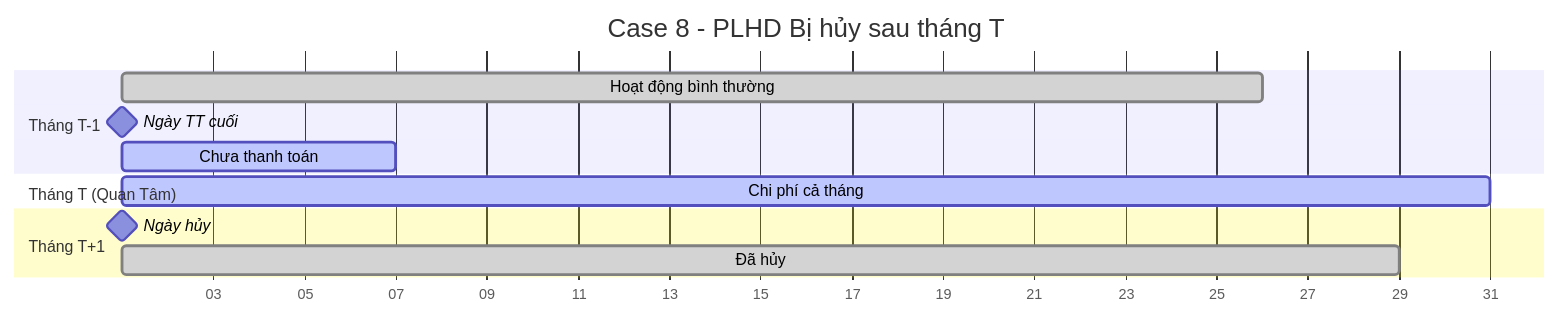
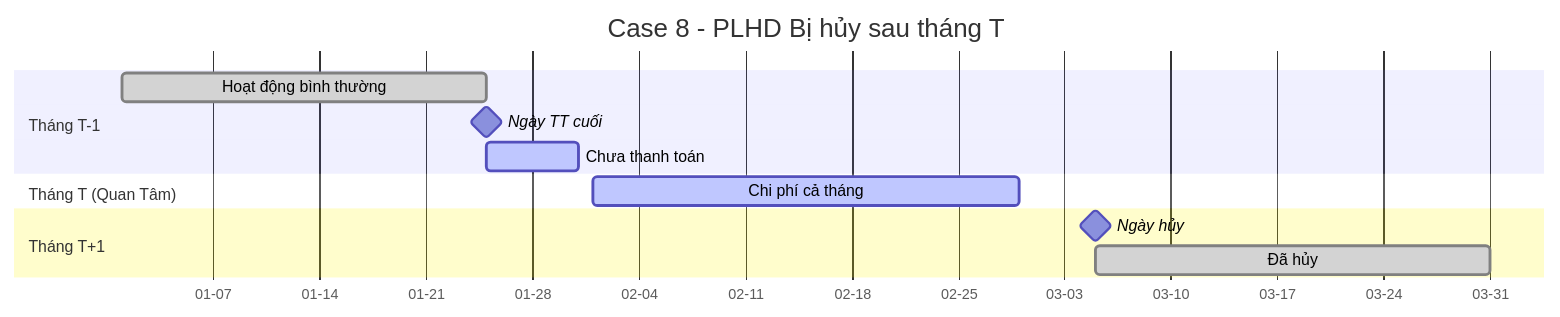
Before and after one commit to gvkth/qlbts_analyze_2o2adj-: the ninth of 9 diagrams in description_v2.md, drawn with Mermaid. The commit also changed other lines of this file, not shown here.

Commit message:
Update date formats and milestones in Gantt charts

````diff
--- a/description_v2.md
+++ b/description_v2.md
@@ -286,18 +286,18 @@
 ```mermaid
 gantt
     title Case 8 - PLHD Bị hủy sau tháng T
-    dateFormat X
-    axisFormat %d
+    dateFormat YYYY-MM-DD
+    axisFormat %m-%d
     
     section Tháng T-1
-    Hoạt động bình thường    :done, prev-month, 1, 25d
-    Ngày TT cuối            :milestone, payment-date, 25, 0d
-    Chưa thanh toán         :active, unpaid, 25, 6d
+    Hoạt động bình thường    :done, prev-month, 2024-01-01, 2024-01-25
+    Ngày TT cuối            :milestone, payment-date, 2024-01-25, 0d
+    Chưa thanh toán         :active, unpaid, 2024-01-25, 2024-01-31
     
     section Tháng T (Quan Tâm)
-    Chi phí cả tháng        :active, cost-period, 32, 30d
+    Chi phí cả tháng        :active, cost-period, 2024-02-01, 2024-02-29
     
     section Tháng T+1
-    Ngày hủy                :milestone, cancel-date, 65, 0d
-    Đã hủy                  :done, cancelled, 65, 28d
+    Ngày hủy                :milestone, cancel-date, 2024-03-05, 0d
+    Đã hủy                  :done, cancelled, 2024-03-05, 2024-03-31
 ```
````
